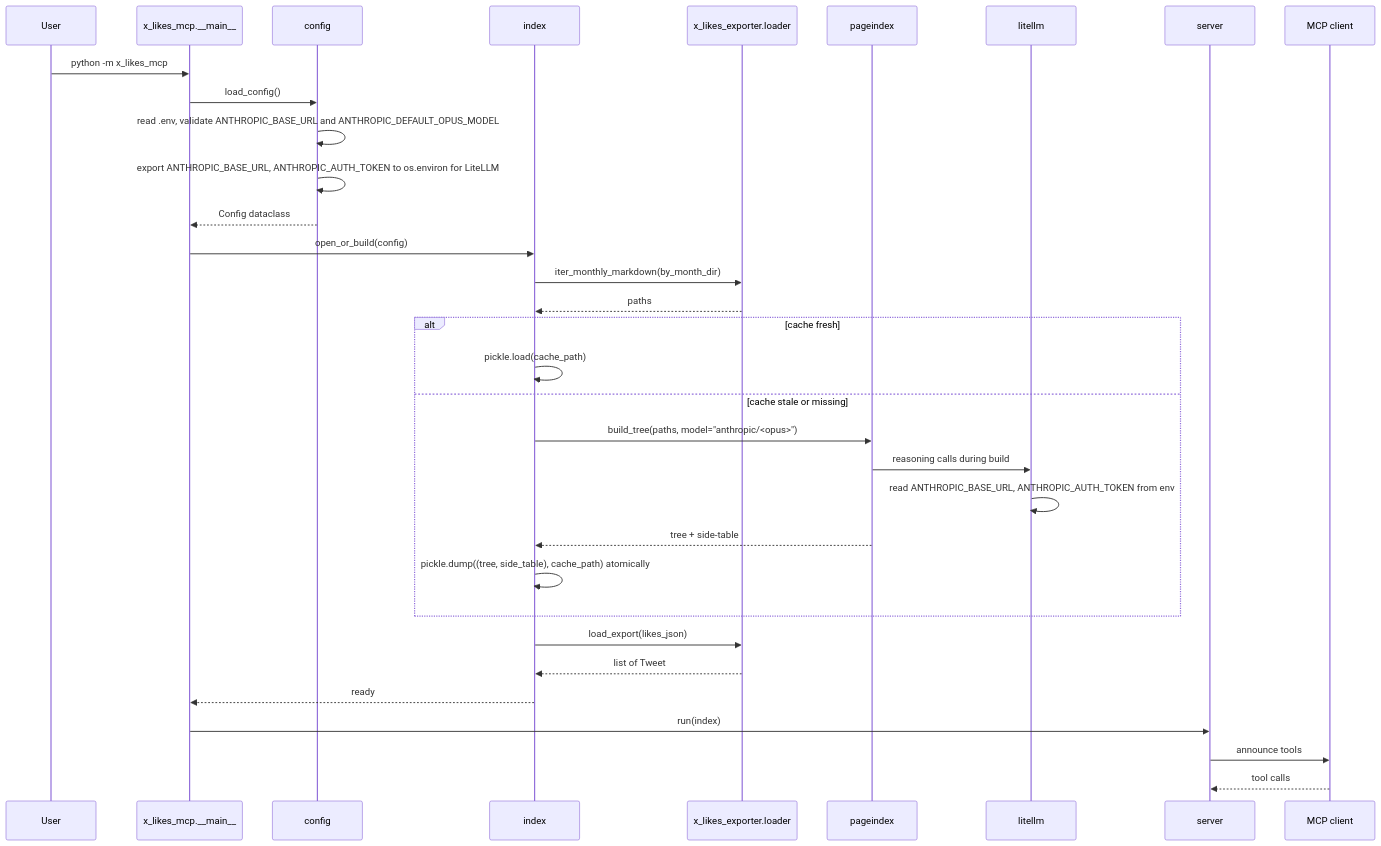
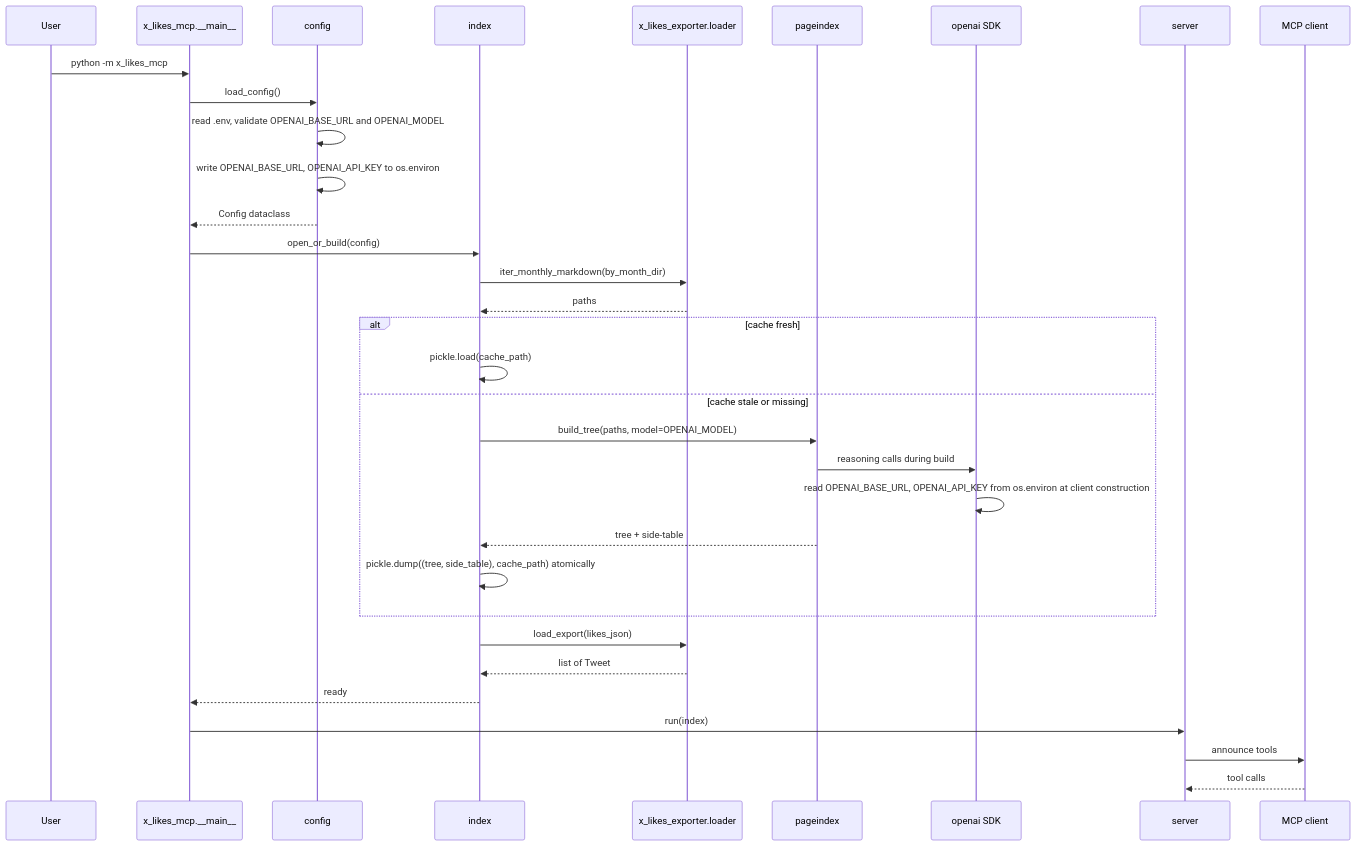
One commit to norandom/x_likes_scraper changed the second of 3 diagrams in .kiro/specs/mcp-pageindex/design.md. Above: the diagram before and after it, drawn with Mermaid. The commit also changed other lines of this file and 13 other files, not shown here.

````diff
--- a/.kiro/specs/mcp-pageindex/design.md
+++ b/.kiro/specs/mcp-pageindex/design.md
@@ -213,36 +213,36 @@
 ```mermaid
 sequenceDiagram
     participant User
     participant Main as x_likes_mcp.__main__
     participant Config as config
     participant Index as index
     participant Loader as x_likes_exporter.loader
     participant PageIndex as pageindex
-    participant LiteLLM as litellm
+    participant OpenAI as openai SDK
     participant Server as server
     participant MCP as MCP client
 
     User->>Main: python -m x_likes_mcp
     Main->>Config: load_config()
-    Config->>Config: read .env, validate ANTHROPIC_BASE_URL and ANTHROPIC_DEFAULT_OPUS_MODEL
-    Config->>Config: export ANTHROPIC_BASE_URL, ANTHROPIC_AUTH_TOKEN to os.environ for LiteLLM
+    Config->>Config: read .env, validate OPENAI_BASE_URL and OPENAI_MODEL
+    Config->>Config: write OPENAI_BASE_URL, OPENAI_API_KEY to os.environ
     Config-->>Main: Config dataclass
     Main->>Index: open_or_build(config)
     Index->>Loader: iter_monthly_markdown(by_month_dir)
     Loader-->>Index: paths
     alt cache fresh
         Index->>Index: pickle.load(cache_path)
     else cache stale or missing
-        Index->>PageIndex: build_tree(paths, model="anthropic/<opus>")
-        PageIndex->>LiteLLM: reasoning calls during build
-        LiteLLM->>LiteLLM: read ANTHROPIC_BASE_URL, ANTHROPIC_AUTH_TOKEN from env
+        Index->>PageIndex: build_tree(paths, model=OPENAI_MODEL)
+        PageIndex->>OpenAI: reasoning calls during build
+        OpenAI->>OpenAI: read OPENAI_BASE_URL, OPENAI_API_KEY from os.environ at client construction
         PageIndex-->>Index: tree + side-table
         Index->>Index: pickle.dump((tree, side_table), cache_path) atomically
     end
     Index->>Loader: load_export(likes_json)
     Loader-->>Index: list of Tweet
     Index-->>Main: ready
     Main->>Server: run(index)
     Server->>MCP: announce tools
     MCP-->>Server: tool calls
 ```
````
